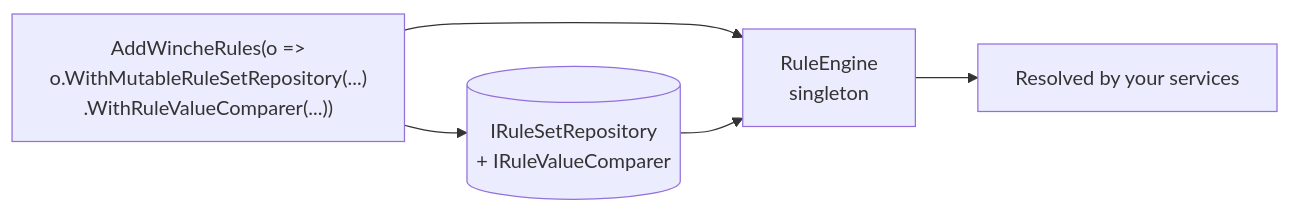
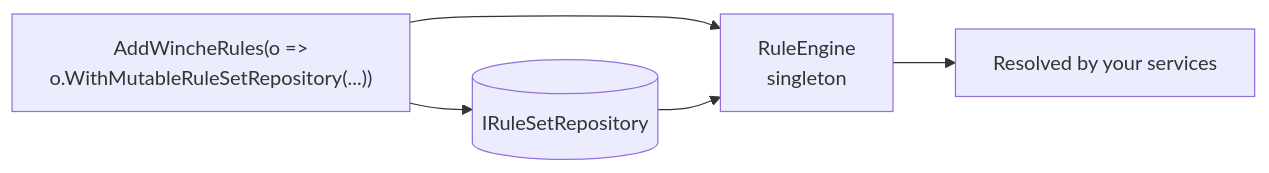
Before and after one commit to FlameOfUdun/winche-rules: the second of 5 diagrams in README.md, drawn with Mermaid. The commit also changed other lines of this file and 46 other files, not shown here.

First line of the commit message:
Rules evaluate on Winche.Core's values; RuleValue removed

````diff
--- a/README.md
+++ b/README.md
@@ -331,7 +335,7 @@
 ```mermaid
 flowchart LR
-    A["AddWincheRules(o =><br/>o.WithMutableRuleSetRepository(...)<br/>.WithRuleValueComparer(...))"] --> RS[("IRuleSetRepository<br/>+ IRuleValueComparer")]
+    A["AddWincheRules(o =><br/>o.WithMutableRuleSetRepository(...))"] --> RS[("IRuleSetRepository")]
     A --> RE["RuleEngine<br/>singleton"]
     RS --> RE
     RE --> App["Resolved by your services"]
 ```
````
